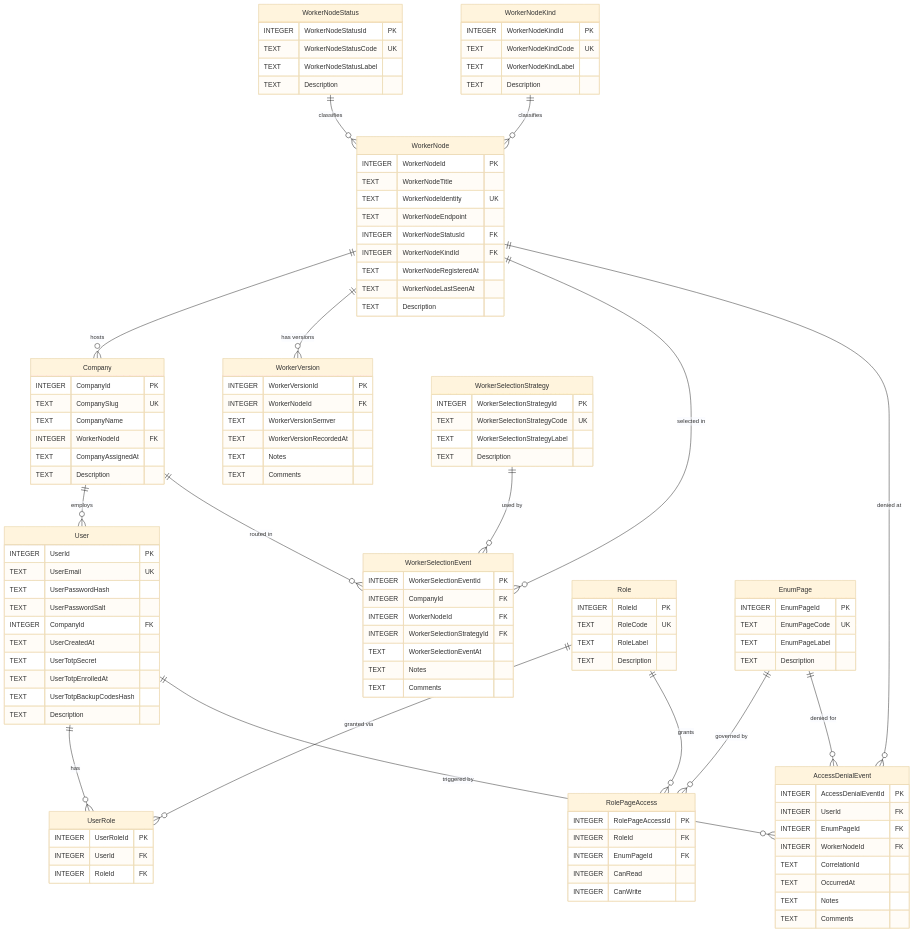
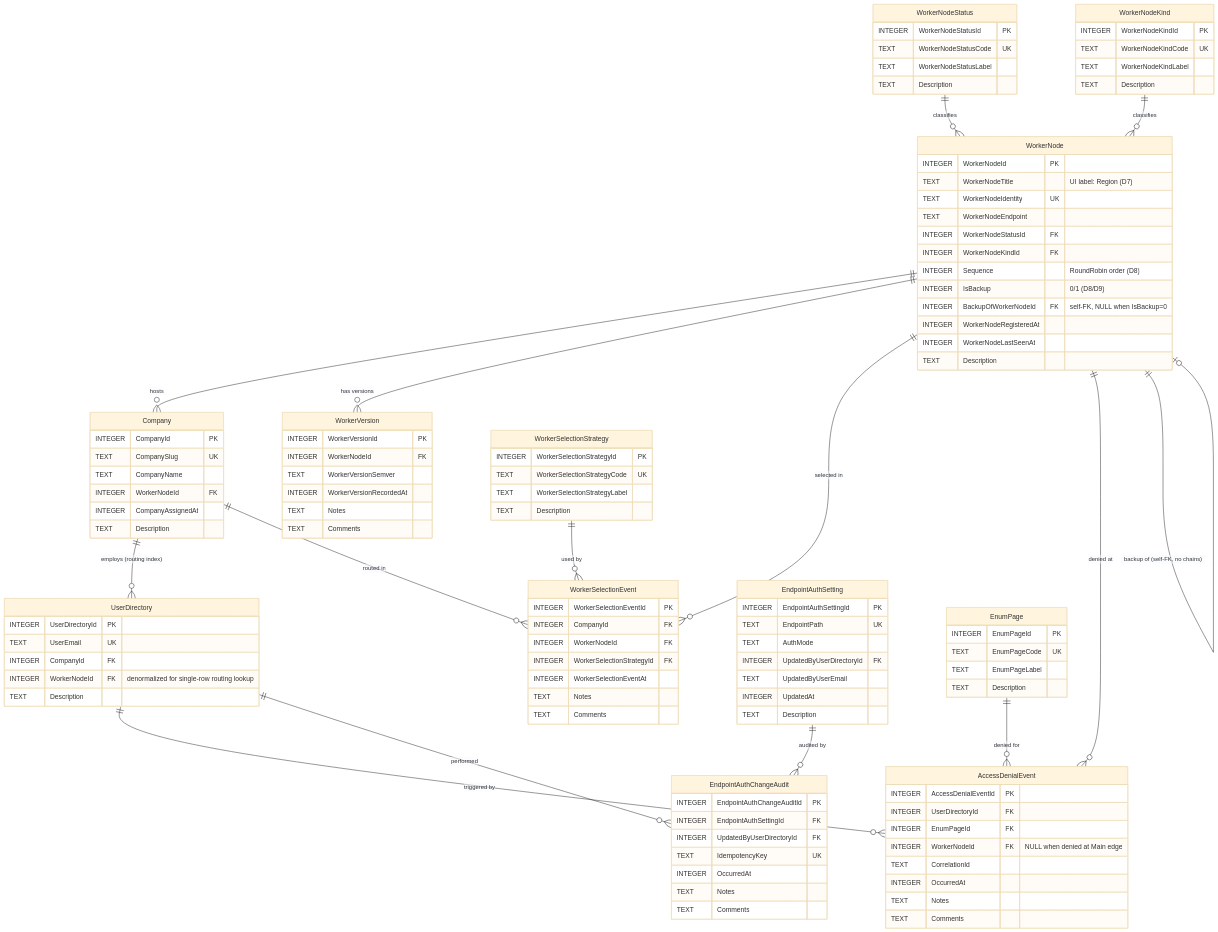
The diagram in spec/19-main-worker-service/diagrams/erd-main-db.mmd (alimtvnetwork/coding-guidelines-v24), drawn with Mermaid (base theme) before and after one commit. The commit also changed 2 other files, not shown here.

```diff
--- a/spec/19-main-worker-service/diagrams/erd-main-db.mmd
+++ b/spec/19-main-worker-service/diagrams/erd-main-db.mmd
@@ -1,130 +1,129 @@
 %% ==========================================================
 %% NON-AUTHORITATIVE PROJECTION
 %% ==========================================================
 %% Subject:        Main Server SQLite catalog
-%% Authoritative:  spec/19-main-worker-service/03-main-db-schema.md (v1.2.0+)
+%% Authoritative:  spec/19-main-worker-service/03-main-db-schema.md (v2.2.0+)
 %%                 + spec/04-database-conventions/
 %% Status:         Illustrative only. If this diagram disagrees
 %%                 with the authoritative spec(s) above, the
 %%                 spec wins and this file is the bug.
-%% Banner version: 1.1.0 (2026-05-04, sync to 03-main-db-schema.md v1.2.0:
-%%                 added EnumPage, AccessDenialEvent, RolePageAccess FK to
-%%                 EnumPage, User TOTP columns; per audit task #29 + #32)
+%% Banner version: 2.0.0 (2026-05-06, Phase 13.3 — refreshed for:
+%%                 (a) UserDirectory replaces legacy User table (no secrets at Main);
+%%                 (b) WorkerNode backup fields (Sequence, IsBackup, BackupOfWorkerNodeId, D8/D9);
+%%                 (c) EndpointAuthSetting + EndpointAuthChangeAudit (FK → UserDirectory);
+%%                 (d) 4-tier DB framing — Main DB shown here is the Root tier.
 %% ==========================================================
 erDiagram
     WorkerNode ||--o{ Company : "hosts"
     WorkerNode ||--o{ WorkerVersion : "has versions"
     WorkerNode ||--o{ WorkerSelectionEvent : "selected in"
     WorkerNode ||--o{ AccessDenialEvent : "denied at"
+    WorkerNode ||--o| WorkerNode : "backup of (self-FK, no chains)"
     WorkerNodeStatus ||--o{ WorkerNode : "classifies"
     WorkerNodeKind ||--o{ WorkerNode : "classifies"
-    Company ||--o{ User : "employs"
+    Company ||--o{ UserDirectory : "employs (routing index)"
     Company ||--o{ WorkerSelectionEvent : "routed in"
-    User ||--o{ UserRole : "has"
-    User ||--o{ AccessDenialEvent : "triggered by"
-    Role ||--o{ UserRole : "granted via"
-    Role ||--o{ RolePageAccess : "grants"
-    EnumPage ||--o{ RolePageAccess : "governed by"
+    UserDirectory ||--o{ AccessDenialEvent : "triggered by"
+    UserDirectory ||--o{ EndpointAuthChangeAudit : "performed"
+    EndpointAuthSetting ||--o{ EndpointAuthChangeAudit : "audited by"
     EnumPage ||--o{ AccessDenialEvent : "denied for"
     WorkerSelectionStrategy ||--o{ WorkerSelectionEvent : "used by"
 
     WorkerNode {
         INTEGER WorkerNodeId PK
-        TEXT WorkerNodeTitle
+        TEXT WorkerNodeTitle "UI label: Region (D7)"
         TEXT WorkerNodeIdentity UK
         TEXT WorkerNodeEndpoint
         INTEGER WorkerNodeStatusId FK
         INTEGER WorkerNodeKindId FK
-        TEXT WorkerNodeRegisteredAt
-        TEXT WorkerNodeLastSeenAt
+        INTEGER Sequence "RoundRobin order (D8)"
+        INTEGER IsBackup "0/1 (D8/D9)"
+        INTEGER BackupOfWorkerNodeId FK "self-FK, NULL when IsBackup=0"
+        INTEGER WorkerNodeRegisteredAt
+        INTEGER WorkerNodeLastSeenAt
         TEXT Description
     }
     WorkerNodeStatus {
         INTEGER WorkerNodeStatusId PK
         TEXT WorkerNodeStatusCode UK
         TEXT WorkerNodeStatusLabel
         TEXT Description
     }
     WorkerNodeKind {
         INTEGER WorkerNodeKindId PK
         TEXT WorkerNodeKindCode UK
         TEXT WorkerNodeKindLabel
         TEXT Description
     }
     Company {
         INTEGER CompanyId PK
         TEXT CompanySlug UK
         TEXT CompanyName
         INTEGER WorkerNodeId FK
-        TEXT CompanyAssignedAt
+        INTEGER CompanyAssignedAt
         TEXT Description
     }
-    User {
-        INTEGER UserId PK
+    UserDirectory {
+        INTEGER UserDirectoryId PK
         TEXT UserEmail UK
-        TEXT UserPasswordHash
-        TEXT UserPasswordSalt
         INTEGER CompanyId FK
-        TEXT UserCreatedAt
-        TEXT UserTotpSecret
-        TEXT UserTotpEnrolledAt
-        TEXT UserTotpBackupCodesHash
+        INTEGER WorkerNodeId FK "denormalized for single-row routing lookup"
         TEXT Description
-    }
-    Role {
-        INTEGER RoleId PK
-        TEXT RoleCode UK
-        TEXT RoleLabel
-        TEXT Description
-    }
-    UserRole {
-        INTEGER UserRoleId PK
-        INTEGER UserId FK
-        INTEGER RoleId FK
     }
     EnumPage {
         INTEGER EnumPageId PK
         TEXT EnumPageCode UK
         TEXT EnumPageLabel
         TEXT Description
     }
-    RolePageAccess {
-        INTEGER RolePageAccessId PK
-        INTEGER RoleId FK
-        INTEGER EnumPageId FK
-        INTEGER CanRead
-        INTEGER CanWrite
+    EndpointAuthSetting {
+        INTEGER EndpointAuthSettingId PK
+        TEXT EndpointPath UK
+        TEXT AuthMode
+        INTEGER UpdatedByUserDirectoryId FK
+        TEXT UpdatedByUserEmail
+        INTEGER UpdatedAt
+        TEXT Description
+    }
+    EndpointAuthChangeAudit {
+        INTEGER EndpointAuthChangeAuditId PK
+        INTEGER EndpointAuthSettingId FK
+        INTEGER UpdatedByUserDirectoryId FK
+        TEXT IdempotencyKey UK
+        INTEGER OccurredAt
+        TEXT Notes
+        TEXT Comments
     }
     AccessDenialEvent {
         INTEGER AccessDenialEventId PK
-        INTEGER UserId FK
+        INTEGER UserDirectoryId FK
         INTEGER EnumPageId FK
-        INTEGER WorkerNodeId FK
+        INTEGER WorkerNodeId FK "NULL when denied at Main edge"
         TEXT CorrelationId
-        TEXT OccurredAt
+        INTEGER OccurredAt
         TEXT Notes
         TEXT Comments
     }
     WorkerVersion {
         INTEGER WorkerVersionId PK
         INTEGER WorkerNodeId FK
         TEXT WorkerVersionSemver
-        TEXT WorkerVersionRecordedAt
+        INTEGER WorkerVersionRecordedAt
         TEXT Notes
         TEXT Comments
     }
     WorkerSelectionEvent {
         INTEGER WorkerSelectionEventId PK
         INTEGER CompanyId FK
         INTEGER WorkerNodeId FK
         INTEGER WorkerSelectionStrategyId FK
-        TEXT WorkerSelectionEventAt
+        INTEGER WorkerSelectionEventAt
         TEXT Notes
         TEXT Comments
     }
     WorkerSelectionStrategy {
         INTEGER WorkerSelectionStrategyId PK
         TEXT WorkerSelectionStrategyCode UK
         TEXT WorkerSelectionStrategyLabel
         TEXT Description
     }
```
